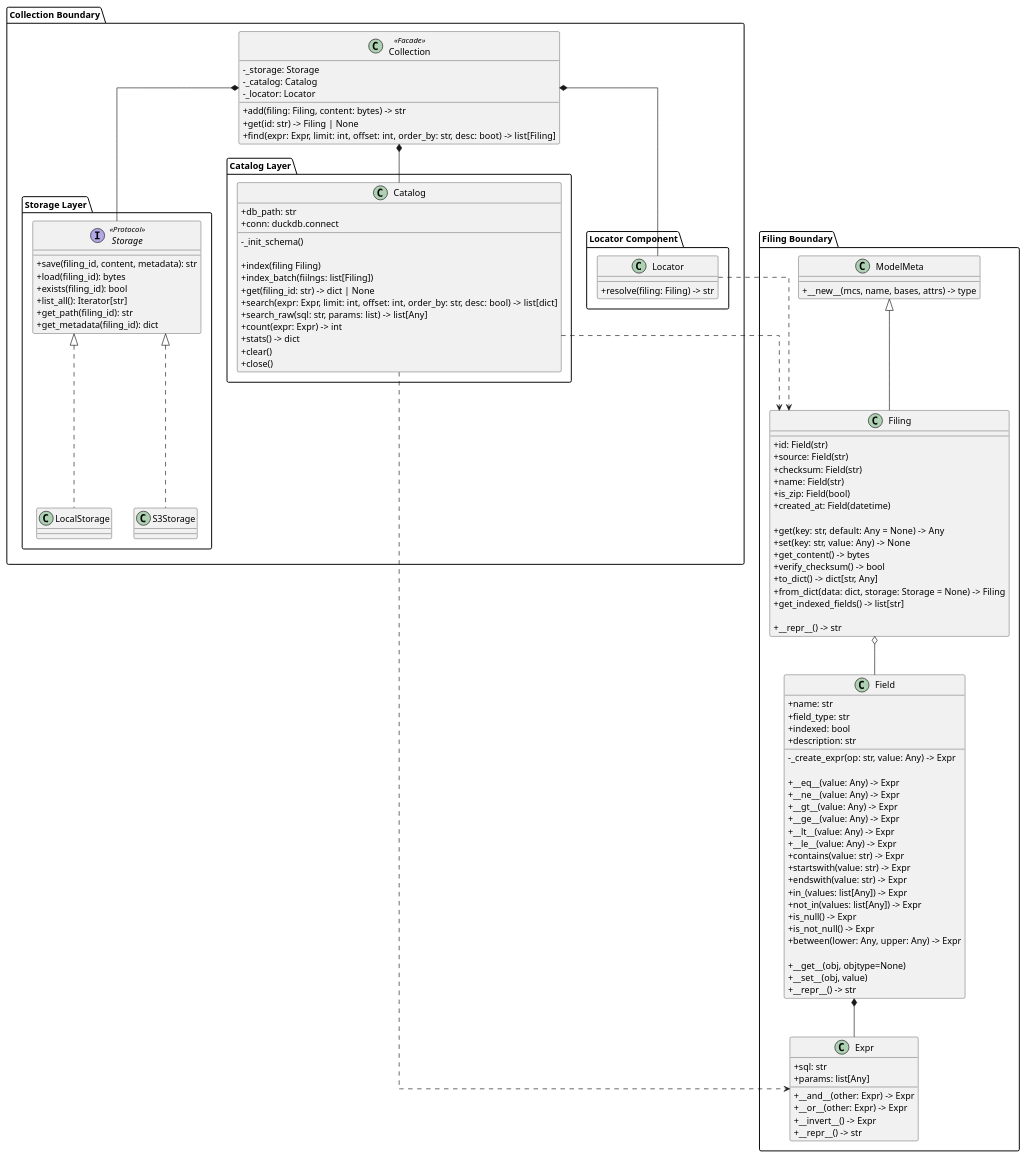
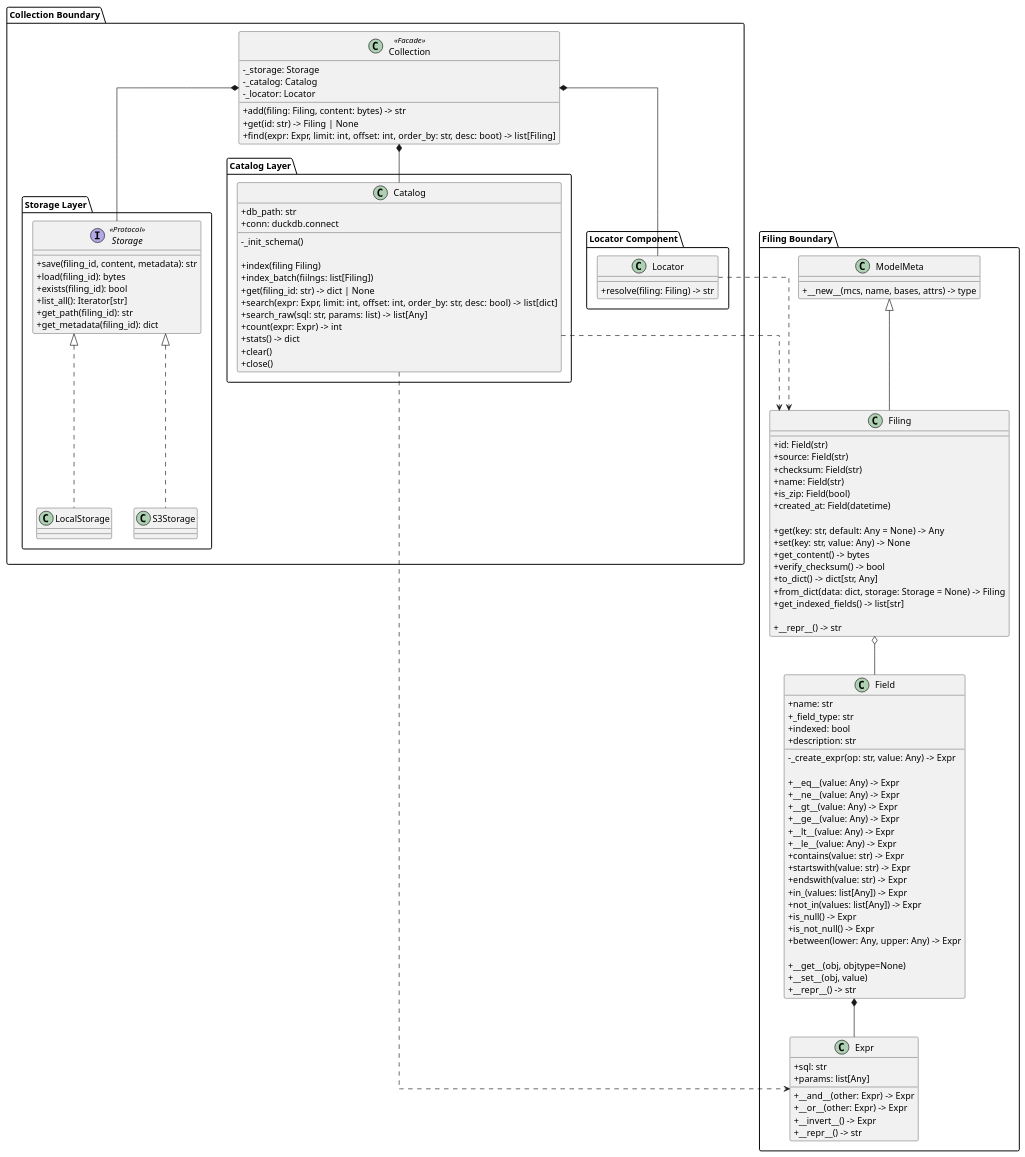
Before and after one commit to fino-dev/fino-filing: the diagram in docs/collection/coding_collection.puml, drawn with PlantUML. The commit also changed 4 other files, not shown here.

```diff
--- a/docs/collection/coding_collection.puml
+++ b/docs/collection/coding_collection.puml
@@ -1,141 +1,141 @@
 @startuml FilingCollection Class Diagram
 skinparam linetype ortho
 skinparam classAttributeIconSize 0
 
 package "Collection Boundary" {
 
     class Collection <<Facade>> {
         - _storage: Storage
         - _catalog: Catalog
         - _locator: Locator
 
         + add(filing: Filing, content: bytes) -> str
         + get(id: str) -> Filing | None
         + find(expr: Expr, limit: int, offset: int, order_by: str, desc: boot) -> list[Filing]
     }
 
     package "Locator Component" {
         class Locator {
             + resolve(filing: Filing) -> str
         }
     }
 
     package "Storage Layer" {
         interface Storage <<Protocol>> {
             + save(filing_id, content, metadata): str
             + load(filing_id): bytes
             + exists(filing_id): bool
             + list_all(): Iterator[str]
             + get_path(filing_id): str
             + get_metadata(filing_id): dict
         }
         
         class LocalStorage {}
 
         class S3Storage {}
     }
 
     package "Catalog Layer" {
         class Catalog {
             + db_path: str
             + conn: duckdb.connect
 
             - _init_schema()
 
             + index(filing Filing)
             + index_batch(fiilngs: list[Filing])
             + get(filing_id: str) -> dict | None
             + search(expr: Expr, limit: int, offset: int, order_by: str, desc: bool) -> list[dict]
             + search_raw(sql: str, params: list) -> list[Any]
             + count(expr: Expr) -> int
             + stats() -> dict
             + clear()
             + close()
         }
     }
 
 
 }
 
 package "Filing Boundary" {
 
     class ModelMeta {
         + __new__(mcs, name, bases, attrs) -> type
     }
 
     class Filing {
         + id: Field(str)
         + source: Field(str)
         + checksum: Field(str)
         + name: Field(str)
         + is_zip: Field(bool)
         + created_at: Field(datetime)
 
         + get(key: str, default: Any = None) -> Any
         + set(key: str, value: Any) -> None
         + get_content() -> bytes
         + verify_checksum() -> bool
         + to_dict() -> dict[str, Any]
         + from_dict(data: dict, storage: Storage = None) -> Filing
         + get_indexed_fields() -> list[str]
         
         + __repr__() -> str
     }
 
     class Expr {
         + sql: str
         + params: list[Any]
 
         + __and__(other: Expr) -> Expr
         + __or__(other: Expr) -> Expr
         + __invert__() -> Expr
         + __repr__() -> str
     }
 
     class Field {
         + name: str
-        + field_type: str
+        + _field_type: str
         + indexed: bool
         + description: str
 
         - _create_expr(op: str, value: Any) -> Expr
 
         + __eq__(value: Any) -> Expr
         + __ne__(value: Any) -> Expr
         + __gt__(value: Any) -> Expr
         + __ge__(value: Any) -> Expr
         + __lt__(value: Any) -> Expr
         + __le__(value: Any) -> Expr
         + contains(value: str) -> Expr
         + startswith(value: str) -> Expr
         + endswith(value: str) -> Expr
         + in_(values: list[Any]) -> Expr
         + not_in(values: list[Any]) -> Expr
         + is_null() -> Expr
         + is_not_null() -> Expr
         + between(lower: Any, upper: Any) -> Expr
 
         + __get__(obj, objtype=None)
         + __set__(obj, value)
         + __repr__() -> str
     }
 }
 
 ' 継承
 ModelMeta <|-- Filing
 ' 集約 (自律的な親子関係)
 Filing o-- Field
 ' 構成
 Collection *-- Storage
 Collection *-- Catalog
 Collection *-- Locator
 Field *-- Expr
 ' 依存
 Catalog  ..> Filing 
 Catalog ..> Expr
 Locator ..> Filing
 ' 実装
 Storage <|.. LocalStorage
 Storage <|.. S3Storage
 
 @enduml
```
